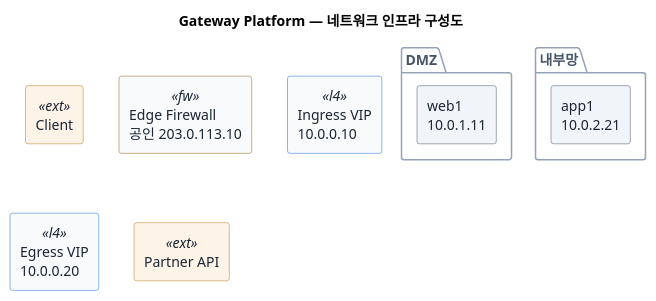
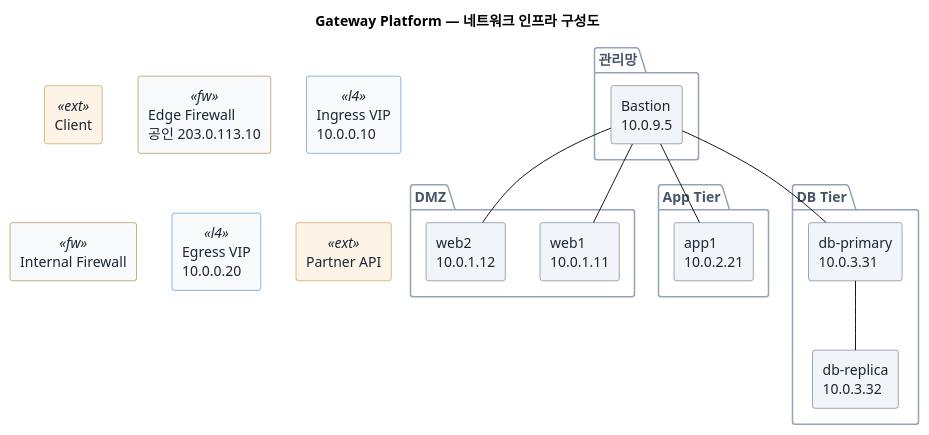
Before and after one commit to SeokRae/flowcast: the first of 3 diagrams in docs/examples/puml/gateway-nat-topology.puml, drawn with PlantUML. The commit also changed other lines of this file and 9 other files, not shown here.

First line of the commit message:
feat: gateway-nat-topology 예제 확장 — 다계층 구성 + 운영자 SSH FLOW

```diff
--- a/docs/examples/puml/gateway-nat-topology.puml
+++ b/docs/examples/puml/gateway-nat-topology.puml
@@ -1,35 +1,49 @@
 @startuml
 skinparam backgroundColor #FFFFFF
 skinparam rectangle {
   BackgroundColor #F1F5F9
   BackgroundColor<<ext>> #FDF3E7
   BackgroundColor<<gear>> #F8FAFC
   BackgroundColor<<fw>> #F8FAFC
   BackgroundColor<<l4>> #F8FAFC
   BorderColor #475569
   BorderColor<<ext>> #B7791F
   BorderColor<<gear>> #94A3B8
   BorderColor<<fw>> #8A6210
   BorderColor<<l4>> #1F6FD0
   FontColor #1B2635
 }
 skinparam package {
   BorderColor #94A3B8
   BackgroundColor transparent
   FontColor #475569
 }
 title Gateway Platform — 네트워크 인프라 구성도
-' flowcast source: flowcast 합성 예제 (topology, network-nat 프리셋: IP/VIP/NAT/포트 방화벽 표기)
+' flowcast source: flowcast 합성 예제 (topology, network-nat 프리셋: IP/VIP/NAT/포트 방화벽 표기, 다계층)
 package "DMZ" {
   rectangle "web1\n10.0.1.11" as web1
+  rectangle "web2\n10.0.1.12" as web2
 }
-package "내부망" {
+package "App Tier" {
   rectangle "app1\n10.0.2.21" as app1
+}
+package "DB Tier" {
+  rectangle "db-primary\n10.0.3.31" as db_primary
+  rectangle "db-replica\n10.0.3.32" as db_replica
+}
+package "관리망" {
+  rectangle "Bastion\n10.0.9.5" as bastion
 }
 rectangle "Client" as client <<ext>>
 rectangle "Edge Firewall\n공인 203.0.113.10" as fw_edge <<fw>>
 rectangle "Ingress VIP\n10.0.0.10" as vip_in <<l4>>
+rectangle "Internal Firewall" as fw_db <<fw>>
 rectangle "Egress VIP\n10.0.0.20" as vip_out <<l4>>
 rectangle "Partner API" as partner <<ext>>
 
+db_primary -- db_replica
+bastion -- web1
+bastion -- web2
+bastion -- app1
+bastion -- db_primary
 @enduml
```
